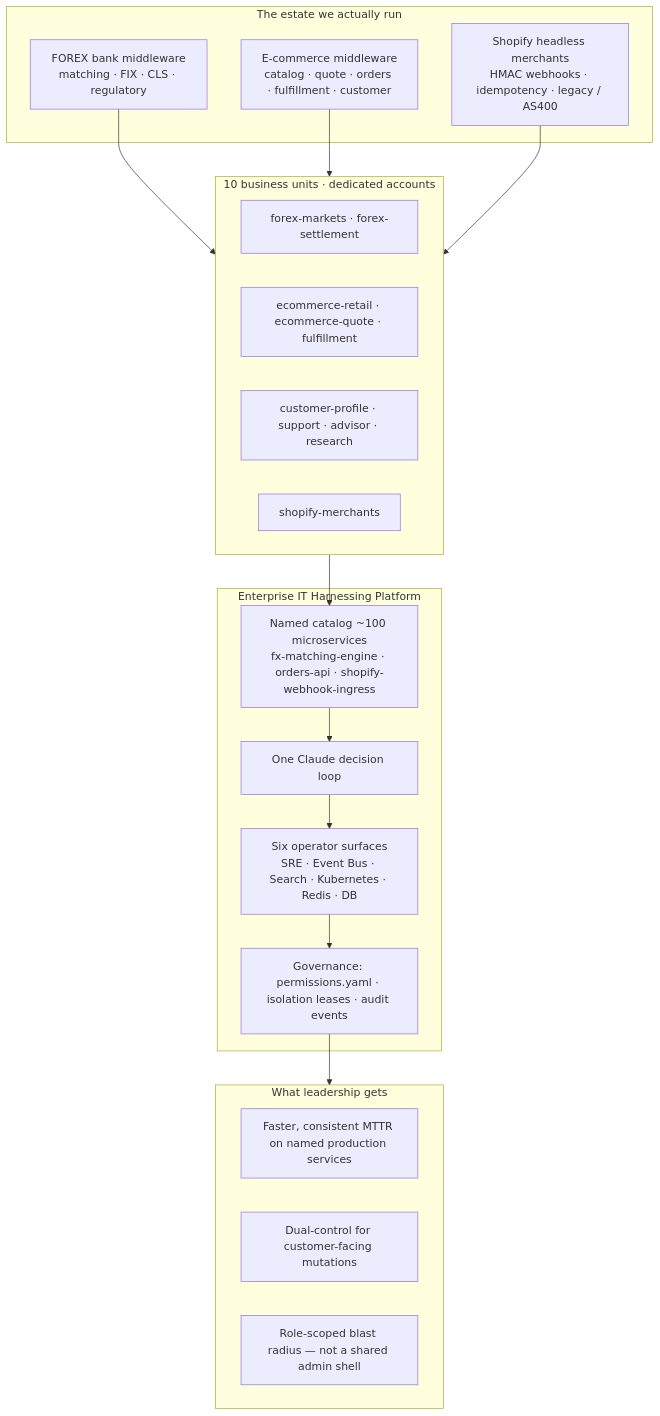
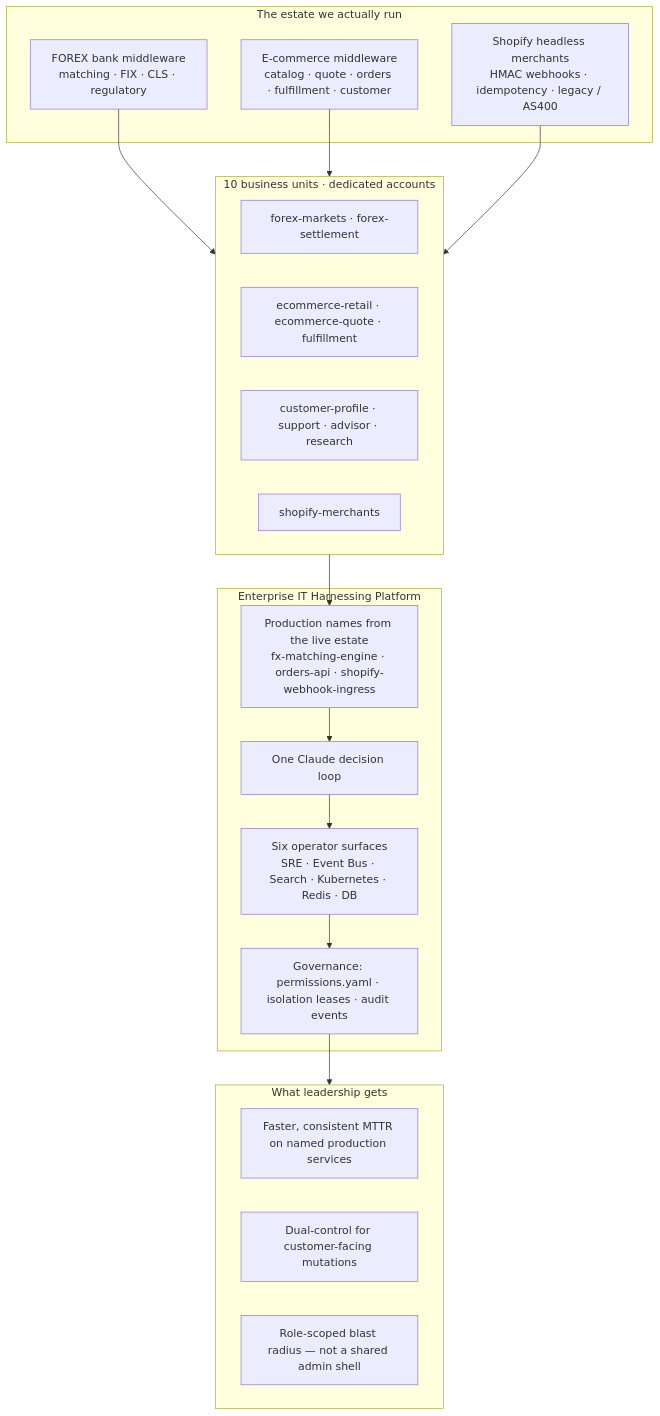
Before and after one commit to javakishore-veleti/claude-code-enterprise-it-harnessing: the first of 13 diagrams in docs/platform-diagrams.md, drawn with Mermaid. The commit also changed other lines of this file and 1 other file, not shown here.

Commit message:
Clarify that the 100 microservices are the live estate, not this repo.
Replace the confusing catalog phrasing with Current Enterprise IT State so readers do not think the repository ships those applications.

````diff
--- a/docs/platform-diagrams.md
+++ b/docs/platform-diagrams.md
@@ -20,37 +20,37 @@
 ```mermaid
 flowchart TB
   subgraph Outcomes["What leadership gets"]
     O1["Faster, consistent MTTR on named production services"]
     O2["Dual-control for customer-facing mutations"]
     O3["Role-scoped blast radius — not a shared admin shell"]
   end
 
   subgraph Estate["The estate we actually run"]
     FX["FOREX bank middleware<br/>matching · FIX · CLS · regulatory"]
     EC["E-commerce middleware<br/>catalog · quote · orders · fulfillment · customer"]
     SH["Shopify headless merchants<br/>HMAC webhooks · idempotency · legacy / AS400"]
   end
 
   subgraph Units["10 business units · dedicated accounts"]
     U1["forex-markets · forex-settlement"]
     U2["ecommerce-retail · ecommerce-quote · fulfillment"]
     U3["customer-profile · support · advisor · research"]
     U4["shopify-merchants"]
   end
 
   subgraph Platform["Enterprise IT Harnessing Platform"]
     Model["One Claude decision loop"]
-    Catalog["Named catalog ~100 microservices<br/>fx-matching-engine · orders-api · shopify-webhook-ingress"]
+    Catalog["Production names from the live estate<br/>fx-matching-engine · orders-api · shopify-webhook-ingress"]
     Profiles["Six operator surfaces<br/>SRE · Event Bus · Search · Kubernetes · Redis · DB"]
     Gov["Governance: permissions.yaml · isolation leases · audit events"]
   end
 
   FX --> Units
   EC --> Units
   SH --> Units
   Units --> Catalog
   Catalog --> Model
   Model --> Profiles
   Profiles --> Gov
   Gov --> Outcomes
 ```
````
